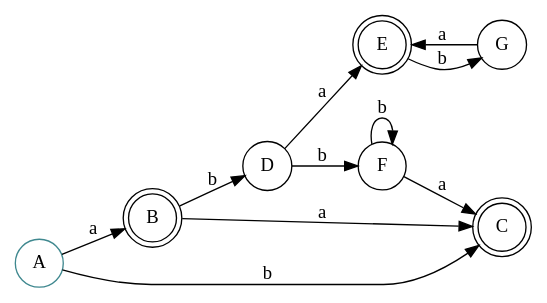
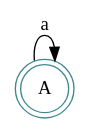
The diagram in Entrega final/DFA_Directo_Actual.gv (josepablito16/Regex-Engine), drawn with Graphviz before and after one commit. The commit also changed 8 other files, not shown here.

```diff
--- a/Entrega final/DFA_Directo_Actual.gv
+++ b/Entrega final/DFA_Directo_Actual.gv
@@ -1,19 +1,8 @@
 digraph finite_state_machine {
 	rankdir=LR size="8,5"
 	node [shape=doublecircle]
-	B
-	C
-	E
+	A
 	node [shape=circle]
 	A [color="#3F888F"]
-	A -> B [label=a]
-	A -> C [label=b]
-	B -> C [label=a]
-	B -> D [label=b]
-	D -> E [label=a]
-	D -> F [label=b]
-	E -> G [label=b]
-	F -> C [label=a]
-	F -> F [label=b]
-	G -> E [label=a]
+	A -> A [label=a]
 }
```
